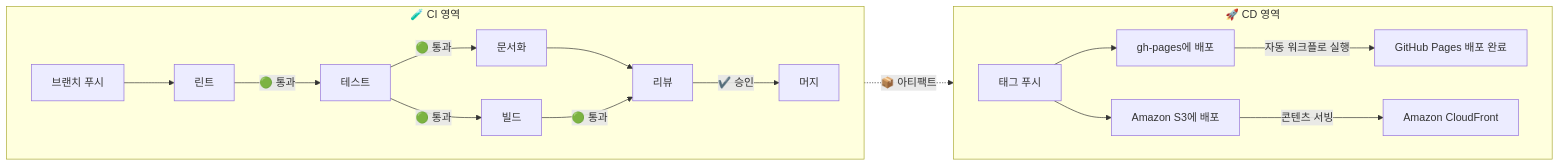
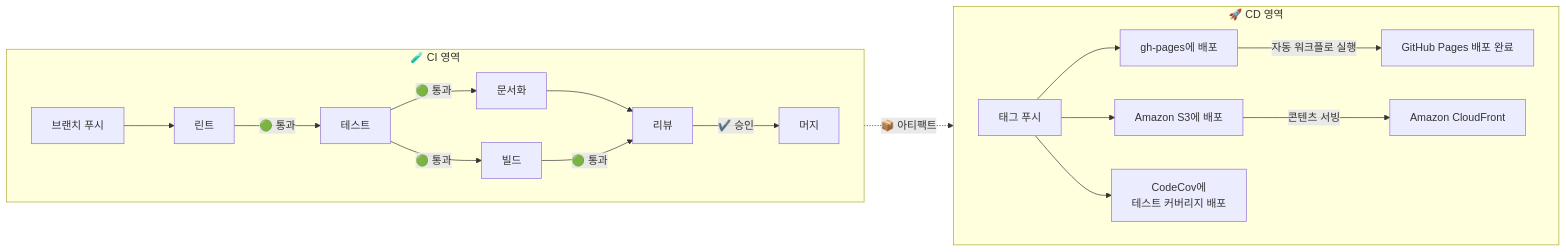
The second of 2 diagrams in README.md (Daily1Hour/PickMe-Auth-Parcel), drawn with Mermaid before and after one commit. The commit also changed other lines of this file, not shown here.

Commit message:
docs: README.md 커버리지 관리 추가

````diff
--- a/README.md
+++ b/README.md
@@ -181,26 +185,28 @@
 ```mermaid
 graph LR
     subgraph CD[🚀 CD 영역]
         direction LR
         Tag[태그 푸시] --> DeployGH[gh-pages에 배포] --> |자동 워크플로 실행|pages-build-deployment[GitHub Pages 배포 완료]
         Tag --> DeployAWS[Amazon S3에 배포] --> |콘텐츠 서빙|CloudFront[Amazon CloudFront]
+        Tag --> Codecov[CodeCov에<br>테스트 커버리지 배포]
     end
 
     Build -.-> |📦 아티팩트|Tag
 
     subgraph CI[🧪 CI 영역]
         direction LR
         Push[브랜치 푸시] --> Lint[린트]
         Lint --> |🟢 통과|Test[테스트]
         Test --> |🟢 통과|Docs[문서화] --> Review
         Test --> |🟢 통과|Build[빌드]
         Build --> |🟢 통과|Review[리뷰]
         Review -->|✔️ 승인|Merge[머지]
     end
 
     click Build "https://github.com/Daily1Hour/PickMe-Auth-Parcel/actions/workflows/vite-build.yml"
     click Review "https://github.com/Daily1Hour/PickMe-Auth-Parcel/actions/workflows/auto-assign.yml"
     click DeployGH "https://github.com/Daily1Hour/PickMe-Auth-Parcel/actions/workflows/deploy-gh-pages.yml"
     click pages-build-deployment "https://github.com/Daily1Hour/PickMe-Auth-Parcel/actions/workflows/pages/pages-build-deployment"
     click DeployAWS "https://github.com/Daily1Hour/PickMe-Auth-Parcel/actions/workflows/deploy-aws-s3.yml"
+    click Codecov "https://github.com/Daily1Hour/PickMe-Auth-Parcel/actions/workflows/deploy-codecov.yml"
 ```
````
